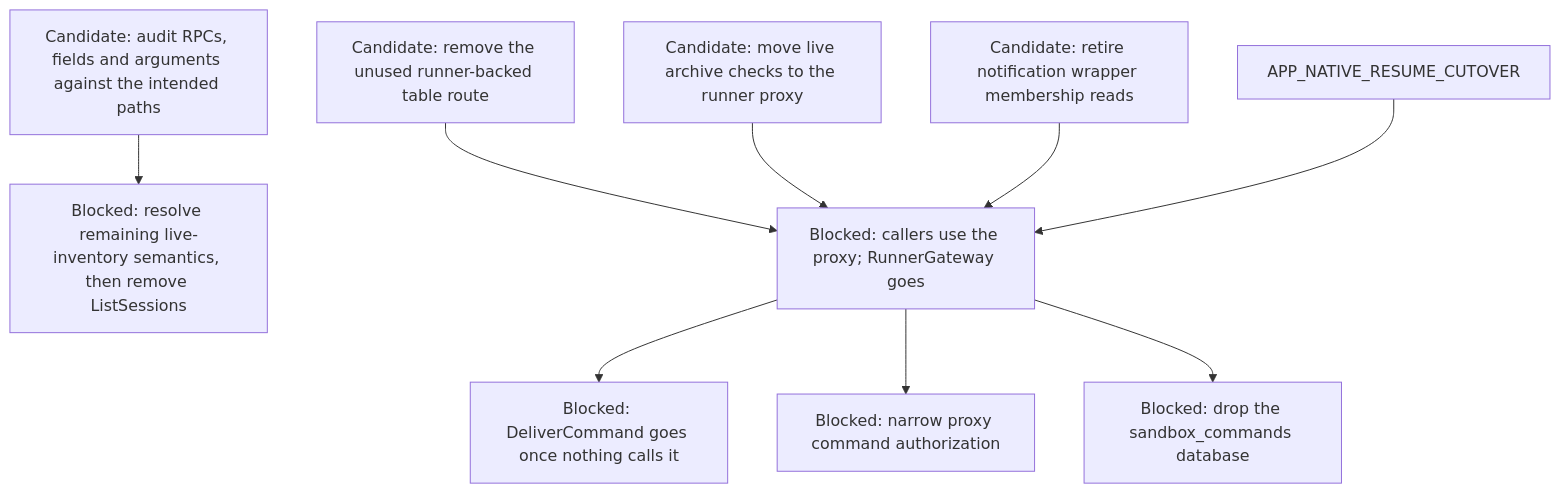
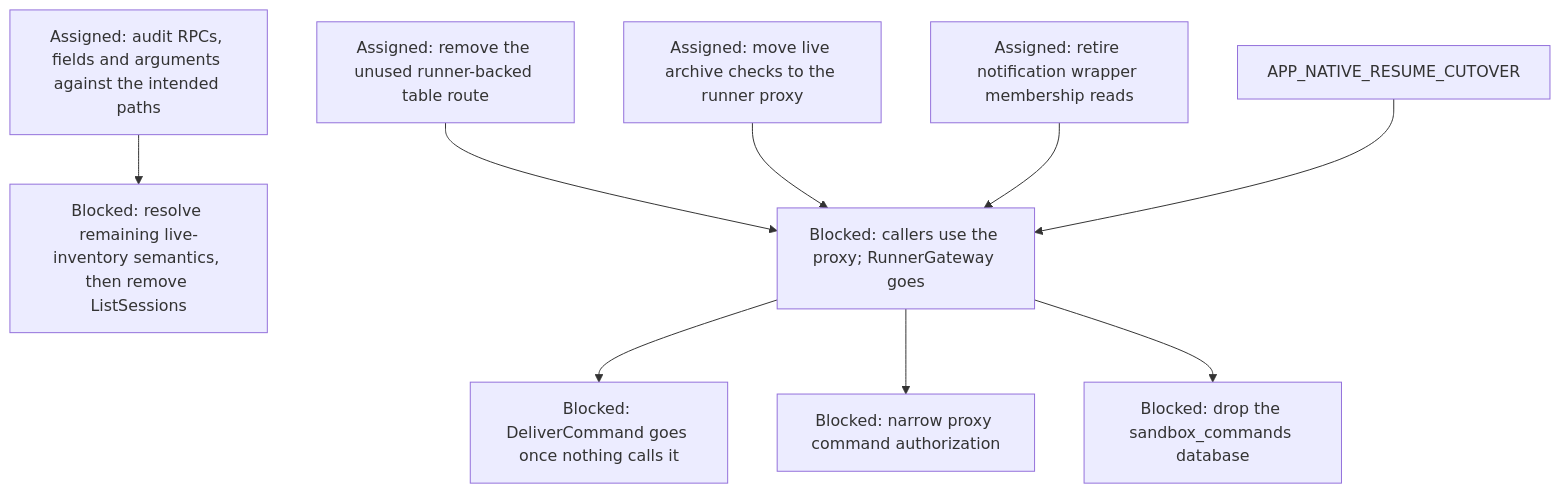
Before and after one commit to agentydragon/ducktape: diagram 15 of 15 in agentplane/plans/task_dag.md, drawn with Mermaid. The commit also changed other lines of this file, not shown here.

````diff
--- a/agentplane/plans/task_dag.md
+++ b/agentplane/plans/task_dag.md
@@ -1045,16 +1039,16 @@
 ```mermaid
 flowchart TD
     RUNNER_COMMAND_RPCS[Blocked: DeliverCommand goes once nothing calls it]
-    CONTROL_SURFACE_RETIREMENT_AUDIT[Candidate: audit RPCs, fields and arguments against the intended paths]
+    CONTROL_SURFACE_RETIREMENT_AUDIT[Assigned: audit RPCs, fields and arguments against the intended paths]
     CONTROL_SURFACE_RETIREMENT_AUDIT --> RUNNER_LIST_SESSIONS_RETIRE[Blocked: resolve remaining live-inventory semantics, then remove ListSessions]
     GATEWAY_WRAPPER_RETIRE --> RUNNER_COMMAND_RPCS
     GATEWAY_WRAPPER_RETIRE[Blocked: callers use the proxy; RunnerGateway goes]
-    APP_SESSION_LIST_ROUTE_RETIRE[Candidate: remove the unused runner-backed table route] --> GATEWAY_WRAPPER_RETIRE
-    APP_ARCHIVE_RUNNER_READ_MIGRATION[Candidate: move live archive checks to the runner proxy] --> GATEWAY_WRAPPER_RETIRE
-    NOTIFICATION_SESSION_MEMBERSHIP_MIGRATION[Candidate: retire notification wrapper membership reads] --> GATEWAY_WRAPPER_RETIRE
+    APP_SESSION_LIST_ROUTE_RETIRE[Assigned: remove the unused runner-backed table route] --> GATEWAY_WRAPPER_RETIRE
+    APP_ARCHIVE_RUNNER_READ_MIGRATION[Assigned: move live archive checks to the runner proxy] --> GATEWAY_WRAPPER_RETIRE
+    NOTIFICATION_SESSION_MEMBERSHIP_MIGRATION[Assigned: retire notification wrapper membership reads] --> GATEWAY_WRAPPER_RETIRE
     APP_NATIVE_RESUME_CUTOVER --> GATEWAY_WRAPPER_RETIRE
     GATEWAY_DATABASE_DROP[Blocked: drop the sandbox_commands database]
     PROXY_START_METHODS_DISPATCHER_ONLY[Blocked: narrow proxy command authorization]
     GATEWAY_WRAPPER_RETIRE --> PROXY_START_METHODS_DISPATCHER_ONLY
     GATEWAY_WRAPPER_RETIRE --> GATEWAY_DATABASE_DROP
 ```
````
